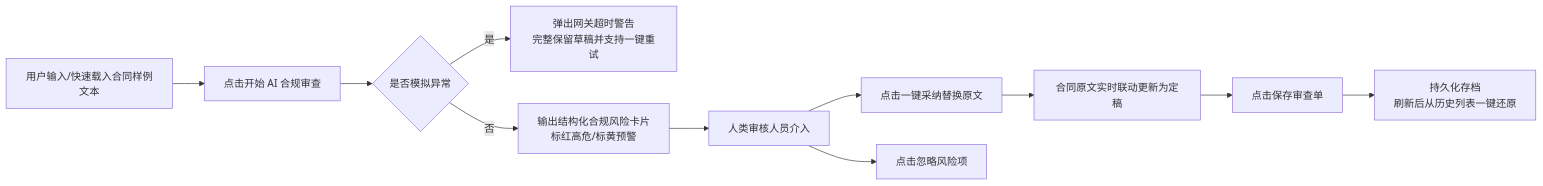
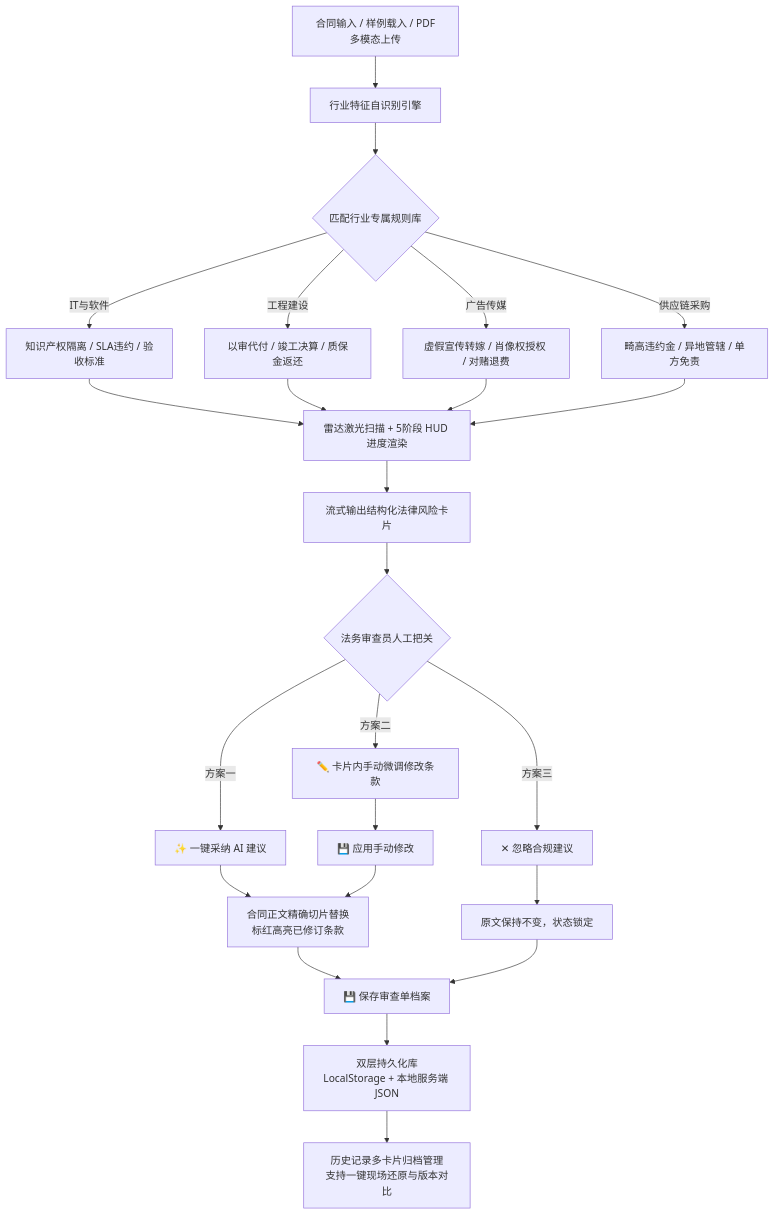
The diagram in community/apps/contract-risk-auditor/README.md (xpert-ai/xpert-plugins), drawn with Mermaid before and after one commit. The commit also changed other lines of this file and 2 other files, not shown here.

````diff
--- a/community/apps/contract-risk-auditor/README.md
+++ b/community/apps/contract-risk-auditor/README.md
@@ -35,13 +34,25 @@
 ```mermaid
-graph LR
-    A[用户输入/快速载入合同样例文本] --> B[点击开始 AI 合规审查]
-    B --> C{是否模拟异常}
-    C -- 是 --> D[弹出网关超时警告<br/>完整保留草稿并支持一键重试]
-    C -- 否 --> E[输出结构化合规风险卡片<br/>标红高危/标黄预警]
-    E --> F[人类审核人员介入]
-    F --> G[点击一键采纳替换原文]
-    F --> H[点击忽略风险项]
-    G --> I[合同原文实时联动更新为定稿]
-    I --> J[点击保存审查单]
-    J --> K[持久化存档<br/>刷新后从历史列表一键还原]
+flowchart TD
+    A[合同输入 / 样例载入 / PDF多模态上传] --> B[行业特征自识别引擎]
+    B --> C{匹配行业专属规则库}
+    C -->|IT与软件| C1[知识产权隔离 / SLA违约 / 验收标准]
+    C -->|工程建设| C2[以审代付 / 竣工决算 / 质保金返还]
+    C -->|广告传媒| C3[虚假宣传转嫁 / 肖像权授权 / 对赌退费]
+    C -->|供应链采购| C4[畸高违约金 / 异地管辖 / 单方免责]
+    
+    C1 & C2 & C3 & C4 --> D[雷达激光扫描 + 5阶段 HUD 进度渲染]
+    D --> E[流式输出结构化法律风险卡片]
+    
+    E --> F{法务审查员人工把关}
+    F -->|方案一| G[✨ 一键采纳 AI 建议]
+    F -->|方案二| H[✏️ 卡片内手动微调修改条款]
+    F -->|方案三| I[✕ 忽略合规建议]
+    
+    H --> J[💾 应用手动修改]
+    G & J --> K[合同正文精确切片替换<br/>标红高亮已修订条款]
+    I --> L[原文保持不变，状态锁定]
+    
+    K & L --> M[💾 保存审查单档案]
+    M --> N[双层持久化库<br/>LocalStorage + 本地服务端 JSON]
+    N --> O[历史记录多卡片归档管理<br/>支持一键现场还原与版本对比]
 ```
````
